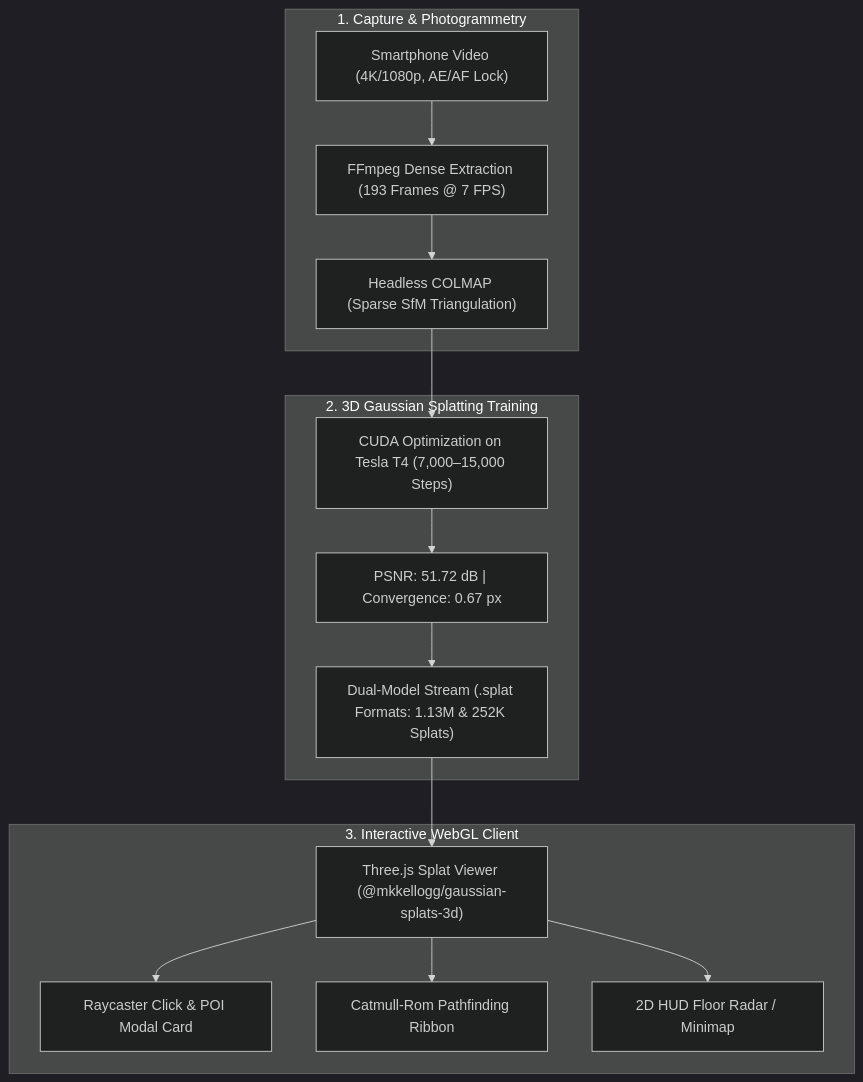
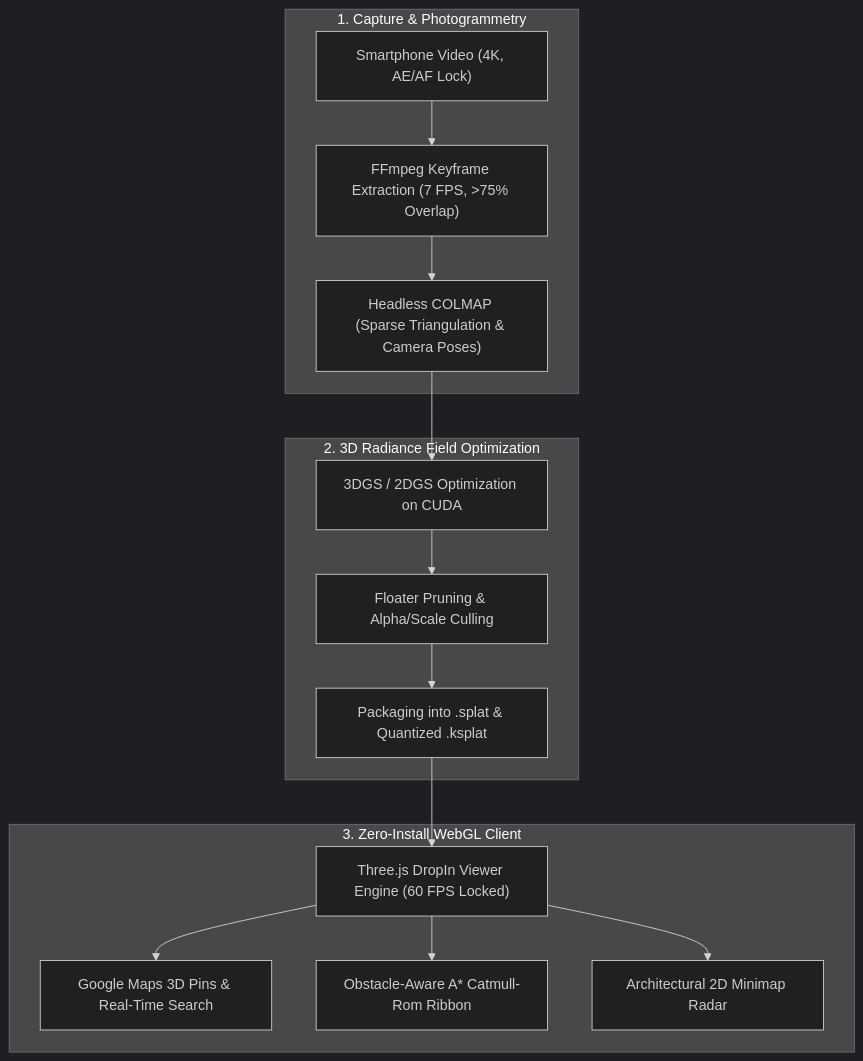
One commit to Kaish-sheikh/nammaspace-digital-twin changed the diagram in README.md. Above: the diagram before and after it, drawn with Mermaid (dark theme). The commit also changed other lines of this file and 8 other files, not shown here.

Commit message:
docs: update README, Technical Abstract, SOP, and submission PDFs with Triple-Environment 6M+ splats, Google Maps search, 3D pins, and mathematical ground leveling

````diff
--- a/README.md
+++ b/README.md
@@ -30,20 +36,20 @@
 ```mermaid
 flowchart TD
     subgraph 1. Capture & Photogrammetry
-        A["Smartphone Video (4K/1080p, AE/AF Lock)"] --> B["FFmpeg Dense Extraction (193 Frames @ 7 FPS)"]
-        B --> C["Headless COLMAP (Sparse SfM Triangulation)"]
+        A["Smartphone Video (4K, AE/AF Lock)"] --> B["FFmpeg Keyframe Extraction (7 FPS, >75% Overlap)"]
+        B --> C["Headless COLMAP (Sparse Triangulation & Camera Poses)"]
     end
 
-    subgraph 2. 3D Gaussian Splatting Training
-        C --> D["CUDA Optimization on Tesla T4 (7,000–15,000 Steps)"]
-        D --> E["PSNR: 51.72 dB | Convergence: 0.67 px"]
-        E --> F["Dual-Model Stream (.splat Formats: 1.13M & 252K Splats)"]
+    subgraph 2. 3D Radiance Field Optimization
+        C --> D["3DGS / 2DGS Optimization on CUDA"]
+        D --> E["Floater Pruning & Alpha/Scale Culling"]
+        E --> F["Packaging into .splat & Quantized .ksplat"]
     end
 
-    subgraph 3. Interactive WebGL Client
-        F --> G["Three.js Splat Viewer (@mkkellogg/gaussian-splats-3d)"]
-        G --> H["Raycaster Click & POI Modal Card"]
-        G --> I["Catmull-Rom Pathfinding Ribbon"]
-        G --> J["2D HUD Floor Radar / Minimap"]
+    subgraph 3. Zero-Install WebGL Client
+        F --> G["Three.js DropIn Viewer Engine (60 FPS Locked)"]
+        G --> H["Google Maps 3D Pins & Real-Time Search"]
+        G --> I["Obstacle-Aware A* Catmull-Rom Ribbon"]
+        G --> J["Architectural 2D Minimap Radar"]
     end
 ```
````
